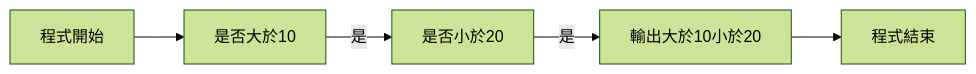
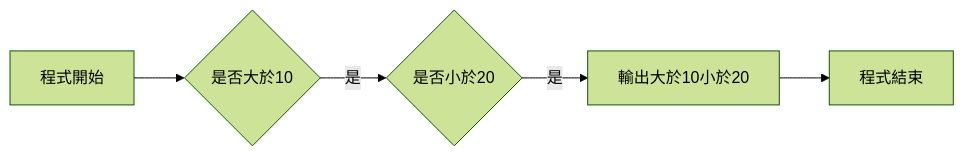
Before and after one commit to Vincenttainan/CppTeachingNote: the second of 5 diagrams in 06_condition.md, drawn with Mermaid (forest theme). The commit also changed other lines of this file, not shown here.

````diff
--- a/06_condition.md
+++ b/06_condition.md
@@ -57,7 +56,7 @@
 ```mermaid
 flowchart LR
-程式開始 --> 是否大於10
-是否大於10 --> |是|是否小於20
-是否小於20 --> |是|輸出大於10小於20
+程式開始 --> a{是否大於10}
+a --> |是|b{是否小於20}
+b --> |是|輸出大於10小於20
 輸出大於10小於20 --> 程式結束
 ```
````
